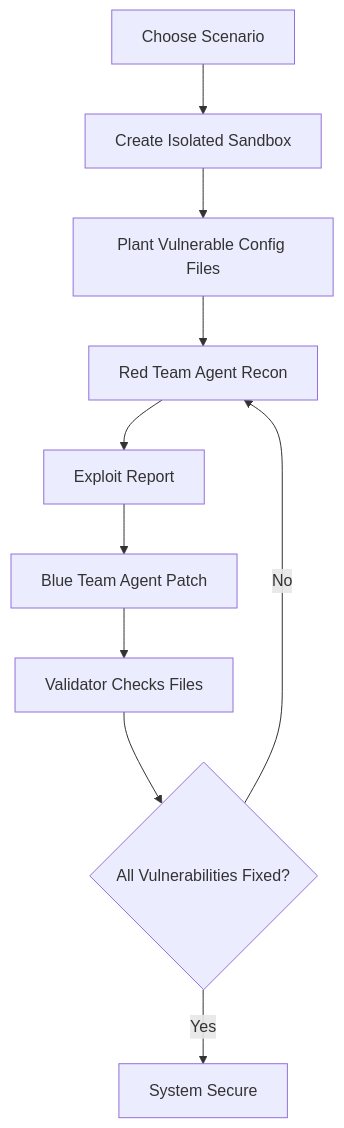
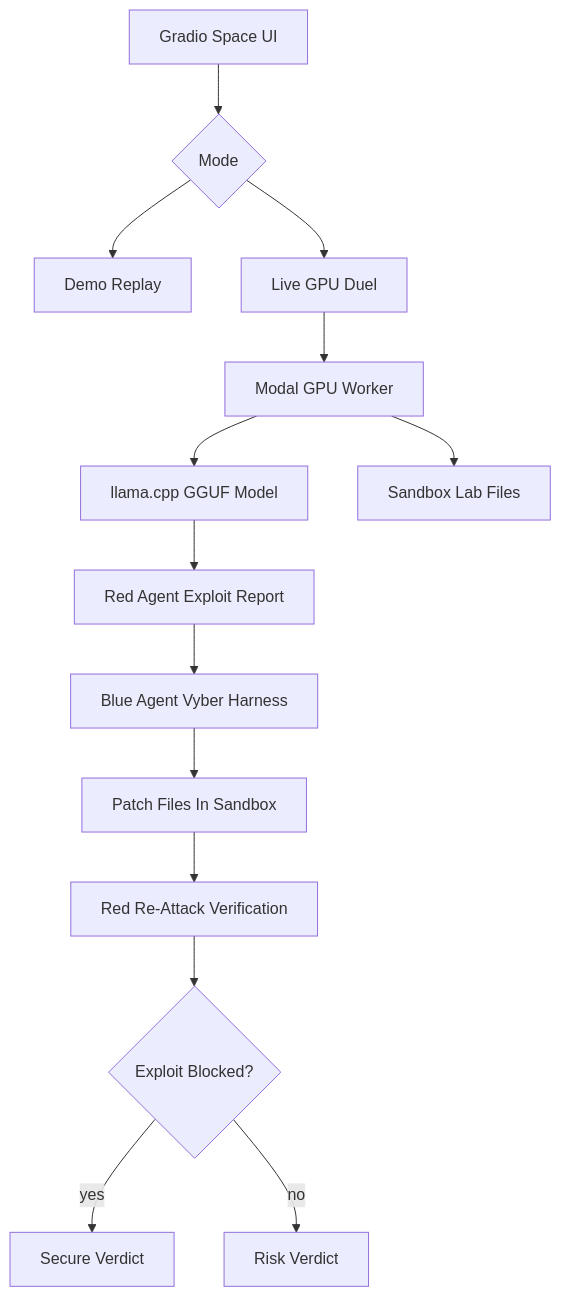
The diagram in README.md (Vickyrrrrrr/vyber-cyber), drawn with Mermaid before and after one commit. The commit also changed other lines of this file, not shown here.

````diff
--- a/README.md
+++ b/README.md
@@ -46,12 +103,16 @@
 ```mermaid
-graph TD
-    A[Choose Scenario] --> B[Create Isolated Sandbox]
-    B --> C[Plant Vulnerable Config Files]
-    C --> D[Red Team Agent Recon]
-    D --> E[Exploit Report]
-    E --> F[Blue Team Agent Patch]
-    F --> G[Validator Checks Files]
-    G --> H{All Vulnerabilities Fixed?}
-    H -- No --> D
-    H -- Yes --> I[System Secure]
+flowchart TD
+    A[Gradio Space UI] --> B{Mode}
+    B --> C[Demo Replay]
+    B --> D[Live GPU Duel]
+    D --> E[Modal GPU Worker]
+    E --> F[llama.cpp GGUF Model]
+    E --> G[Sandbox Lab Files]
+    F --> H[Red Agent Exploit Report]
+    H --> I[Blue Agent Vyber Harness]
+    I --> J[Patch Files In Sandbox]
+    J --> K[Red Re-Attack Verification]
+    K --> L{Exploit Blocked?}
+    L -- yes --> M[Secure Verdict]
+    L -- no --> N[Risk Verdict]
 ```
````
